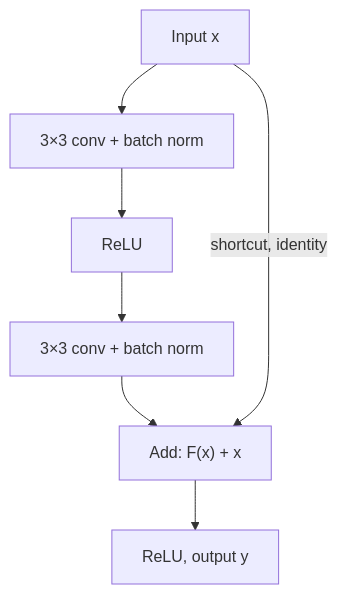
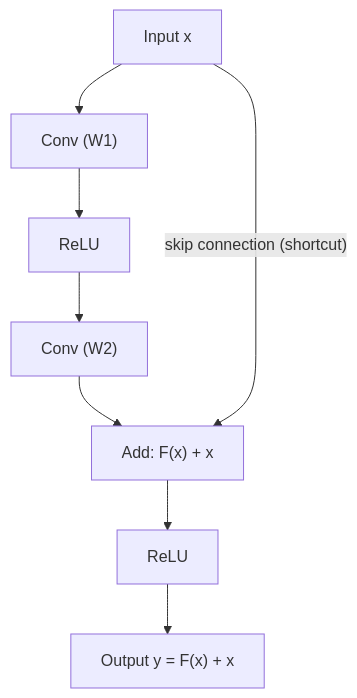
Before and after one commit to TrendySloth1001/sem-seven-notes: the fifth of 6 diagrams in content/deep-learning/notes/cnn-architectures.mdx, drawn with Mermaid. The commit also changed other lines of this file and 186 other files, not shown here.

````diff
--- a/content/deep-learning/notes/cnn-architectures.mdx
+++ b/content/deep-learning/notes/cnn-architectures.mdx
@@ -434,10 +549,11 @@
 ```mermaid
-%% caption: One residual block. The input x goes through two weight layers to give F(x), and also jumps straight across on the shortcut. The two are added, then passed through ReLU.
+%% caption: A residual block. The skip connection carries x around the two convolutions and adds it back, so the block only has to learn what to change.
 flowchart TD
-  X["Input x"] --> A["3×3 conv + batch norm"]
-  A --> B["ReLU"]
-  B --> C["3×3 conv + batch norm"]
-  C --> D["Add: F(x) + x"]
-  X -- "shortcut, identity" --> D
-  D --> E["ReLU, output y"]
+  X["Input x"] --> C1["Conv (W1)"]
+  C1 --> R1["ReLU"]
+  R1 --> C2["Conv (W2)"]
+  C2 --> ADD["Add: F(x) + x"]
+  X -->|"skip connection (shortcut)"| ADD
+  ADD --> R2["ReLU"]
+  R2 --> Y["Output y = F(x) + x"]
 ```
````
